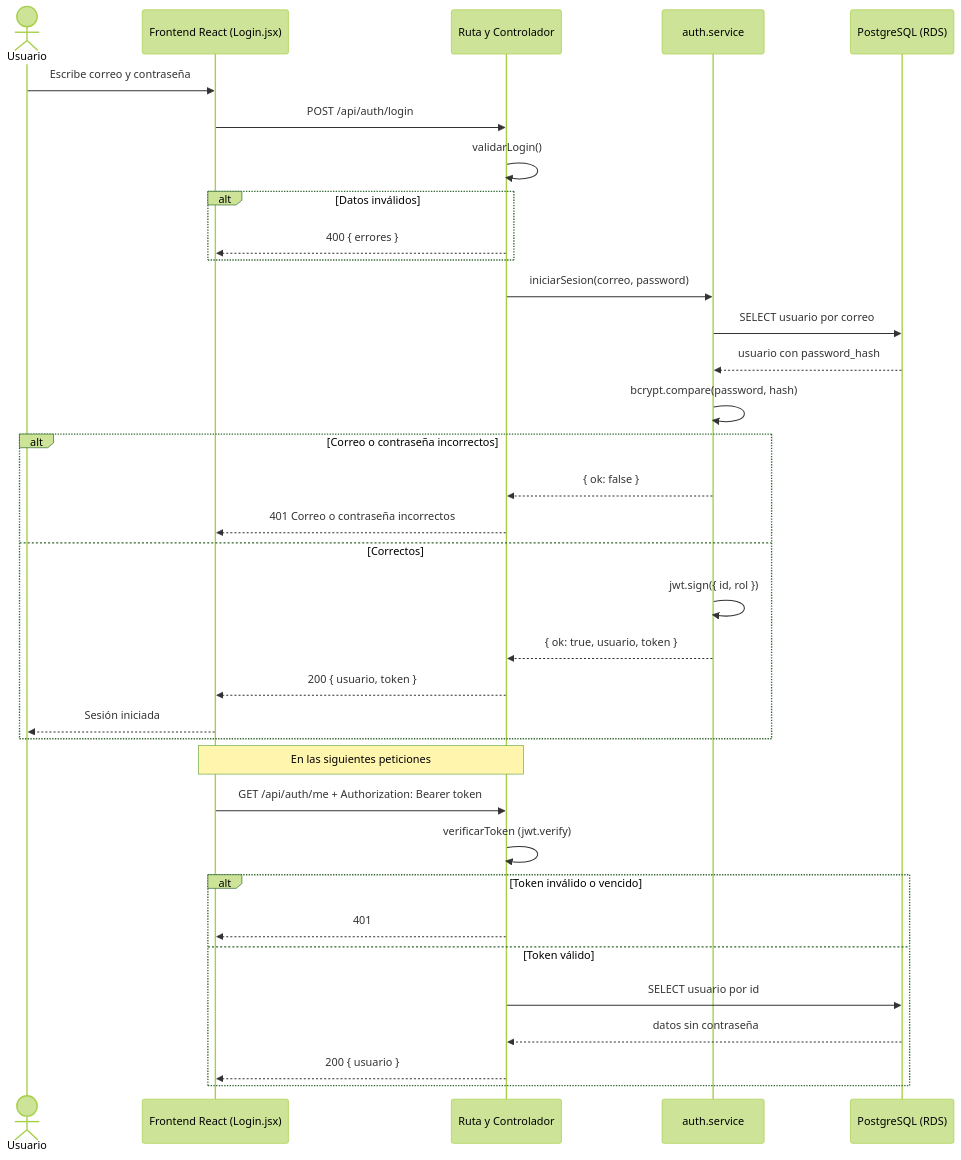
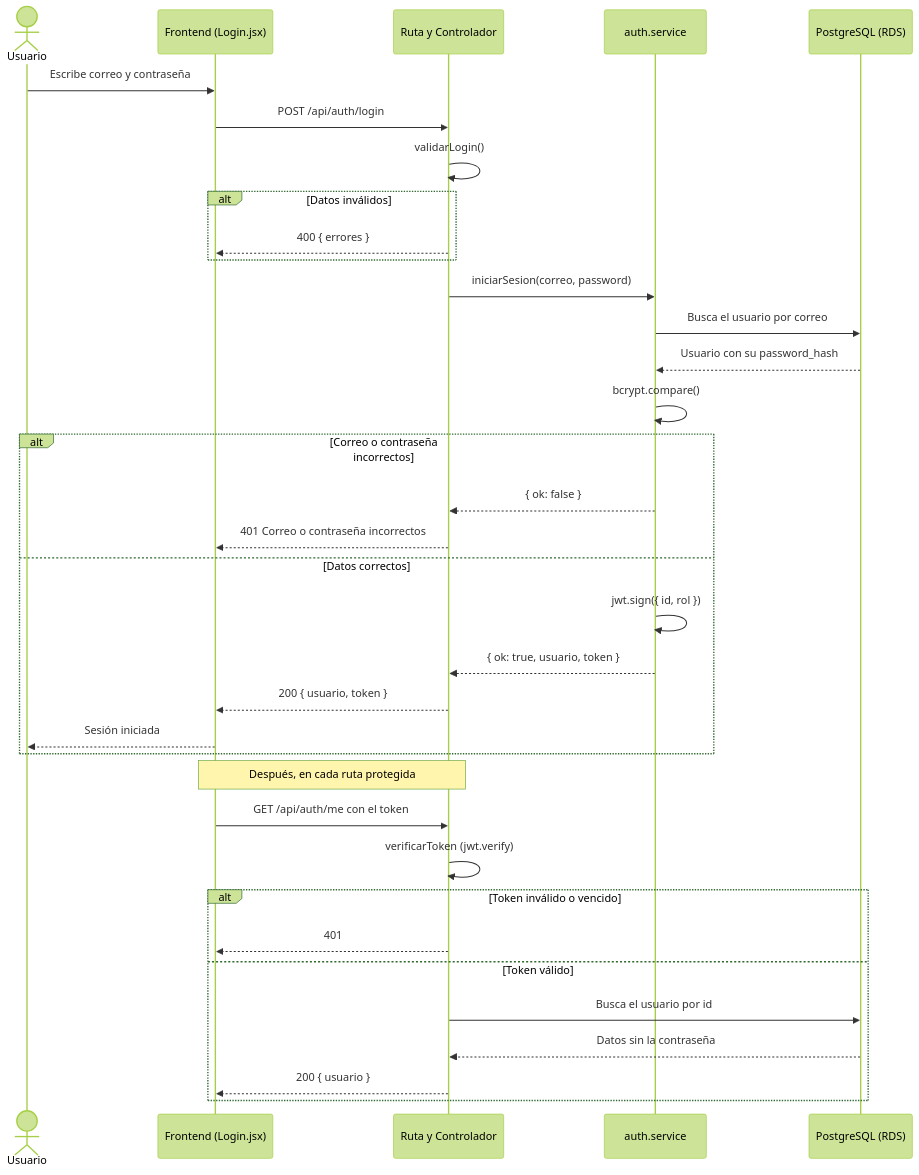
Before and after one commit to JordanaCharlotte/BackendClinica: the diagram in README.md, drawn with Mermaid (forest theme). The commit also changed other lines of this file, not shown here.

Commit message:
Mejora el README con las decisiones de autenticación

````diff
--- a/README.md
+++ b/README.md
@@ -36,39 +56,39 @@
 ```mermaid
 sequenceDiagram
     actor U as Usuario
-    participant F as Frontend React (Login.jsx)
+    participant F as Frontend (Login.jsx)
     participant R as Ruta y Controlador
     participant S as auth.service
     participant DB as PostgreSQL (RDS)
 
     U->>F: Escribe correo y contraseña
     F->>R: POST /api/auth/login
     R->>R: validarLogin()
     alt Datos inválidos
         R-->>F: 400 { errores }
     end
     R->>S: iniciarSesion(correo, password)
-    S->>DB: SELECT usuario por correo
-    DB-->>S: usuario con password_hash
-    S->>S: bcrypt.compare(password, hash)
+    S->>DB: Busca el usuario por correo
+    DB-->>S: Usuario con su password_hash
+    S->>S: bcrypt.compare()
     alt Correo o contraseña incorrectos
         S-->>R: { ok: false }
         R-->>F: 401 Correo o contraseña incorrectos
-    else Correctos
+    else Datos correctos
         S->>S: jwt.sign({ id, rol })
         S-->>R: { ok: true, usuario, token }
         R-->>F: 200 { usuario, token }
         F-->>U: Sesión iniciada
     end
 
-    Note over F,R: En las siguientes peticiones
-    F->>R: GET /api/auth/me + Authorization: Bearer token
+    Note over F,R: Después, en cada ruta protegida
+    F->>R: GET /api/auth/me con el token
     R->>R: verificarToken (jwt.verify)
     alt Token inválido o vencido
         R-->>F: 401
     else Token válido
-        R->>DB: SELECT usuario por id
-        DB-->>R: datos sin contraseña
+        R->>DB: Busca el usuario por id
+        DB-->>R: Datos sin la contraseña
         R-->>F: 200 { usuario }
     end
 ```
````
